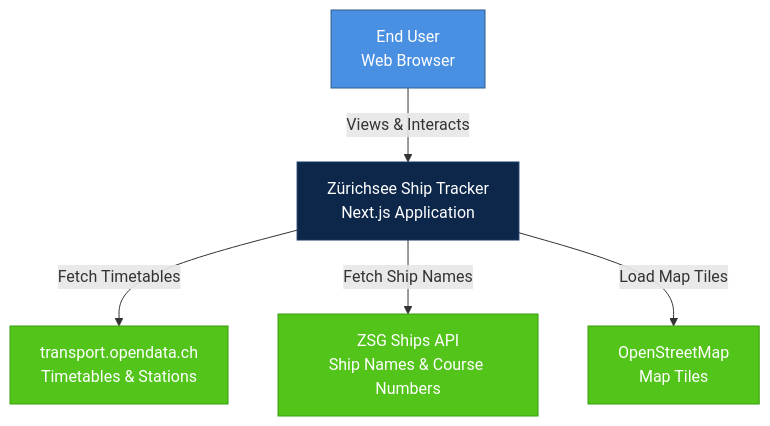
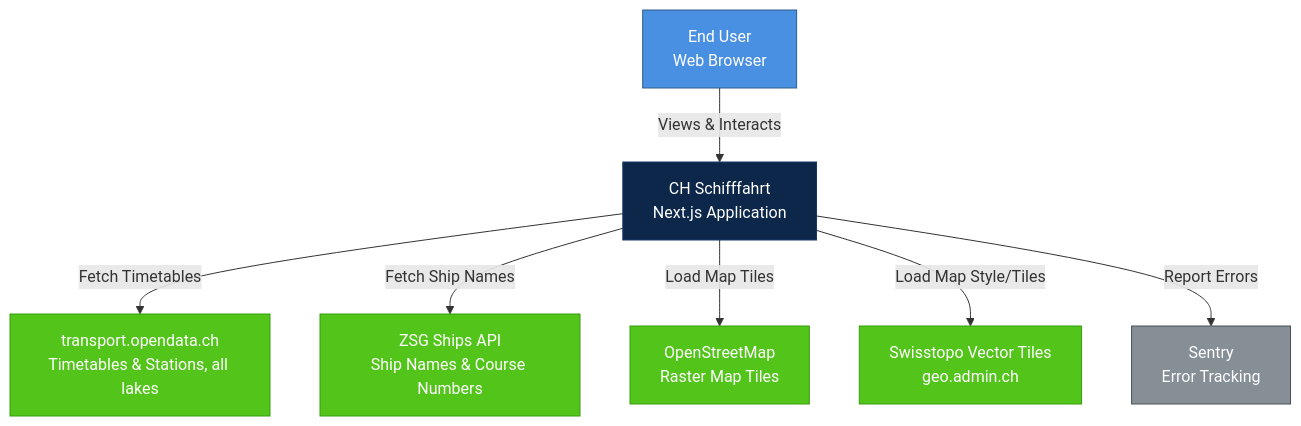
The first of 7 diagrams in docs/arc42-architecture.md (pfederi/shipvisualization), drawn with Mermaid before and after one commit. The commit also changed other lines of this file, not shown here.

Commit message:
Update architecture documentation for multi-lake support and version bump to 1.5.0

````diff
--- a/docs/arc42-architecture.md
+++ b/docs/arc42-architecture.md
@@ -70,19 +73,25 @@
 ```mermaid
 graph TB
     User[End User<br/>Web Browser]
-    App[Zürichsee Ship Tracker<br/>Next.js Application]
-    Transport[transport.opendata.ch<br/>Timetables & Stations]
+    App[CH Schifffahrt<br/>Next.js Application]
+    Transport[transport.opendata.ch<br/>Timetables & Stations, all lakes]
     Ships[ZSG Ships API<br/>Ship Names & Course Numbers]
-    OSM[OpenStreetMap<br/>Map Tiles]
+    OSM[OpenStreetMap<br/>Raster Map Tiles]
+    Swisstopo[Swisstopo Vector Tiles<br/>geo.admin.ch]
+    Sentry[Sentry<br/>Error Tracking]
     
     User -->|Views & Interacts| App
     App -->|Fetch Timetables| Transport
     App -->|Fetch Ship Names| Ships
     App -->|Load Map Tiles| OSM
+    App -->|Load Map Style/Tiles| Swisstopo
+    App -->|Report Errors| Sentry
     
     style App fill:#0c274a,stroke:#163a66,color:#fff
     style User fill:#4a90e2,stroke:#2e5c8a,color:#fff
     style Transport fill:#52c41a,stroke:#389e0d,color:#fff
     style Ships fill:#52c41a,stroke:#389e0d,color:#fff
     style OSM fill:#52c41a,stroke:#389e0d,color:#fff
+    style Swisstopo fill:#52c41a,stroke:#389e0d,color:#fff
+    style Sentry fill:#868e96,stroke:#495057,color:#fff
 ```
````
